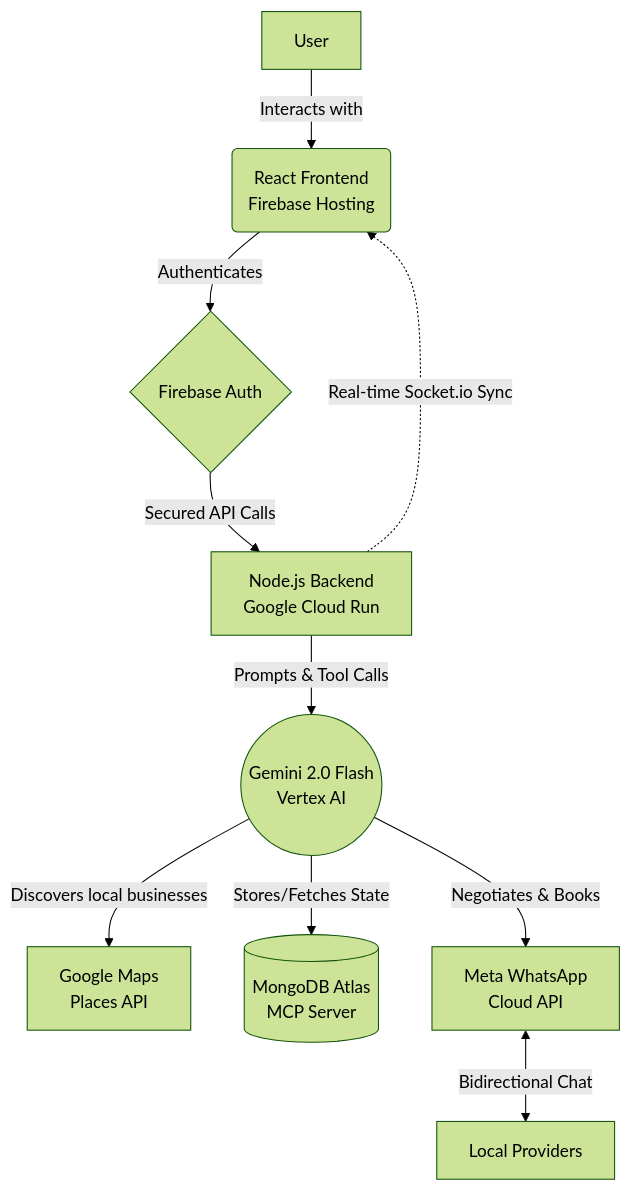
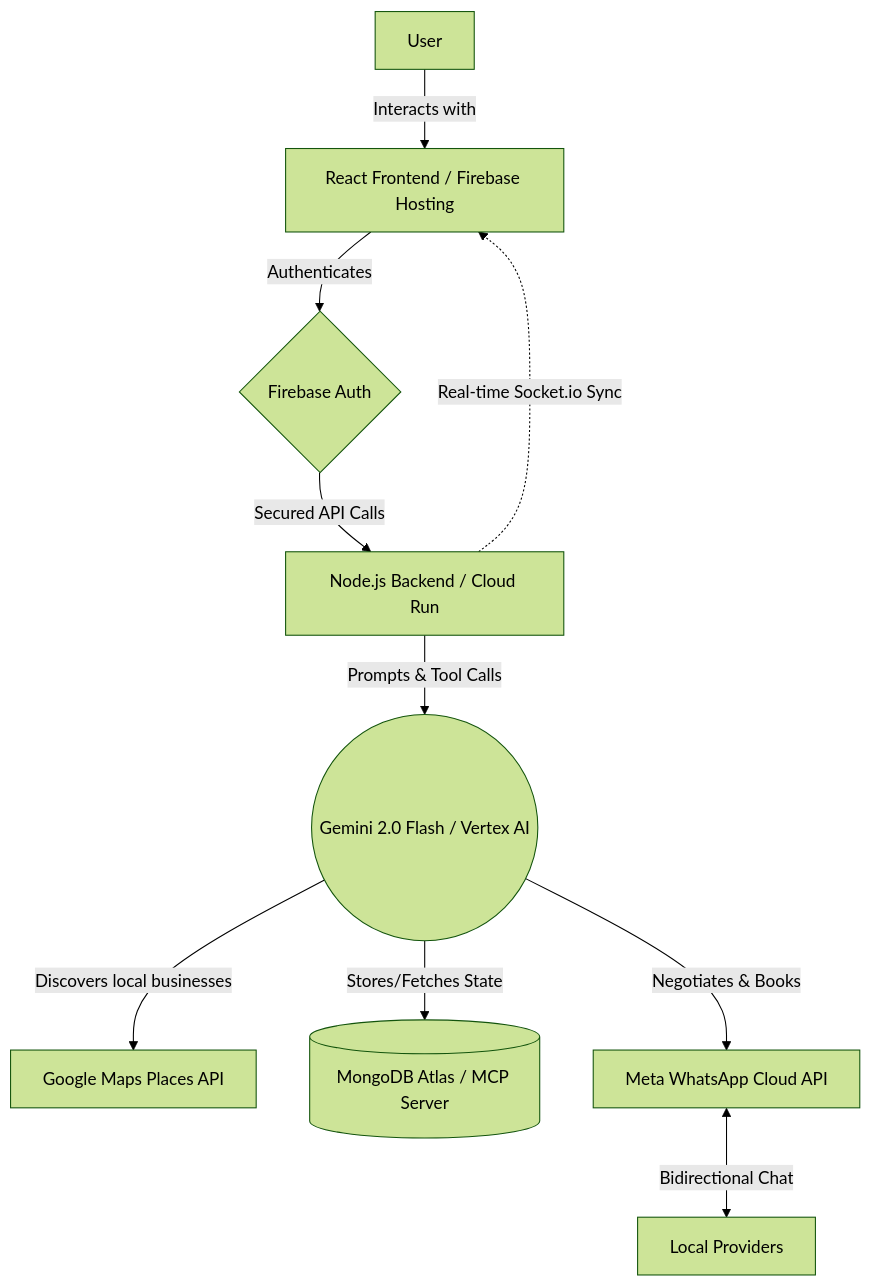
The diagram in README.md (uzair187C/RabbitaAI), drawn with Mermaid (forest theme) before and after one commit.

Commit message:
Fix Mermaid syntax error

````diff
--- a/README.md
+++ b/README.md
@@ -32,15 +32,15 @@
 ```mermaid
 flowchart TD
-    A[User] -->|Interacts with| B(React Frontend<br>Firebase Hosting)
+    A[User] -->|Interacts with| B[React Frontend / Firebase Hosting]
     B -->|Authenticates| C{Firebase Auth}
-    C -->|Secured API Calls| D[Node.js Backend<br>Google Cloud Run]
+    C -->|Secured API Calls| D[Node.js Backend / Cloud Run]
     
-    D -->|Prompts & Tool Calls| E((Gemini 2.0 Flash<br>Vertex AI))
+    D -->|Prompts & Tool Calls| E((Gemini 2.0 Flash / Vertex AI))
     
-    E -->|Discovers local businesses| F[Google Maps<br>Places API]
-    E -->|Stores/Fetches State| G[(MongoDB Atlas<br>MCP Server)]
-    E -->|Negotiates & Books| H[Meta WhatsApp<br>Cloud API]
+    E -->|Discovers local businesses| F[Google Maps Places API]
+    E -->|Stores/Fetches State| G[(MongoDB Atlas / MCP Server)]
+    E -->|Negotiates & Books| H[Meta WhatsApp Cloud API]
     
     H <-->|Bidirectional Chat| I[Local Providers]
     D -.->|Real-time Socket.io Sync| B
 ```
````
